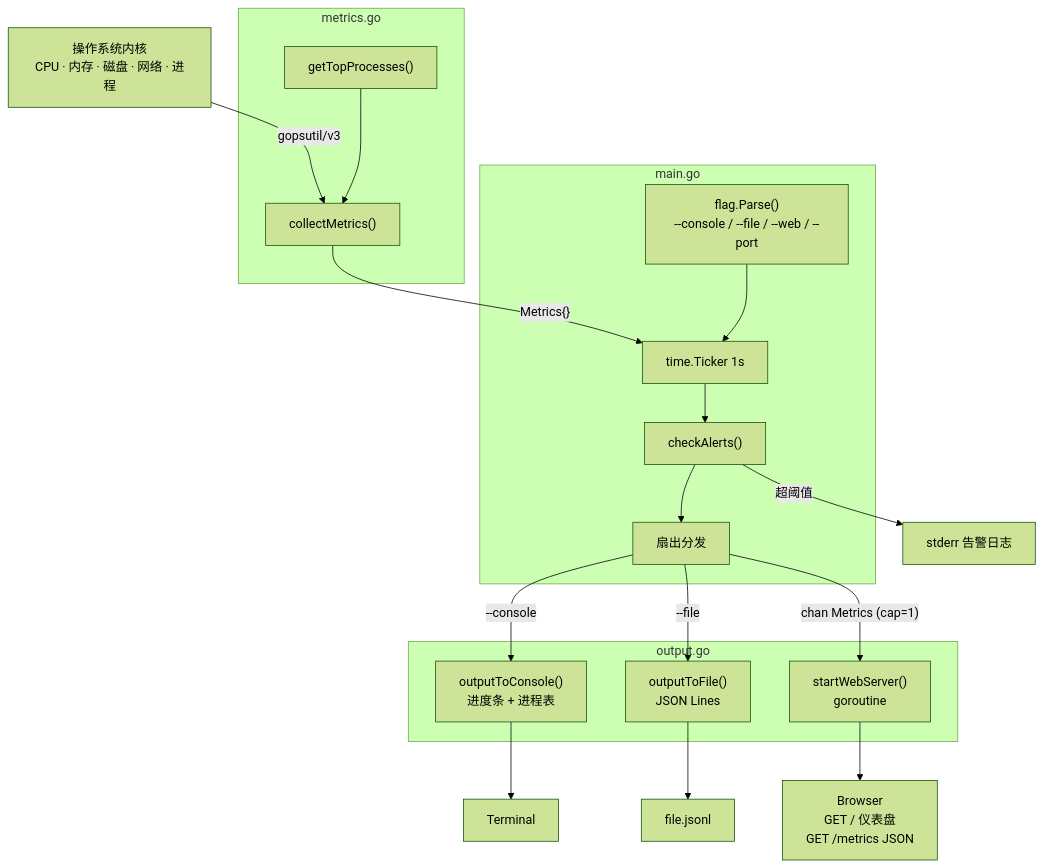
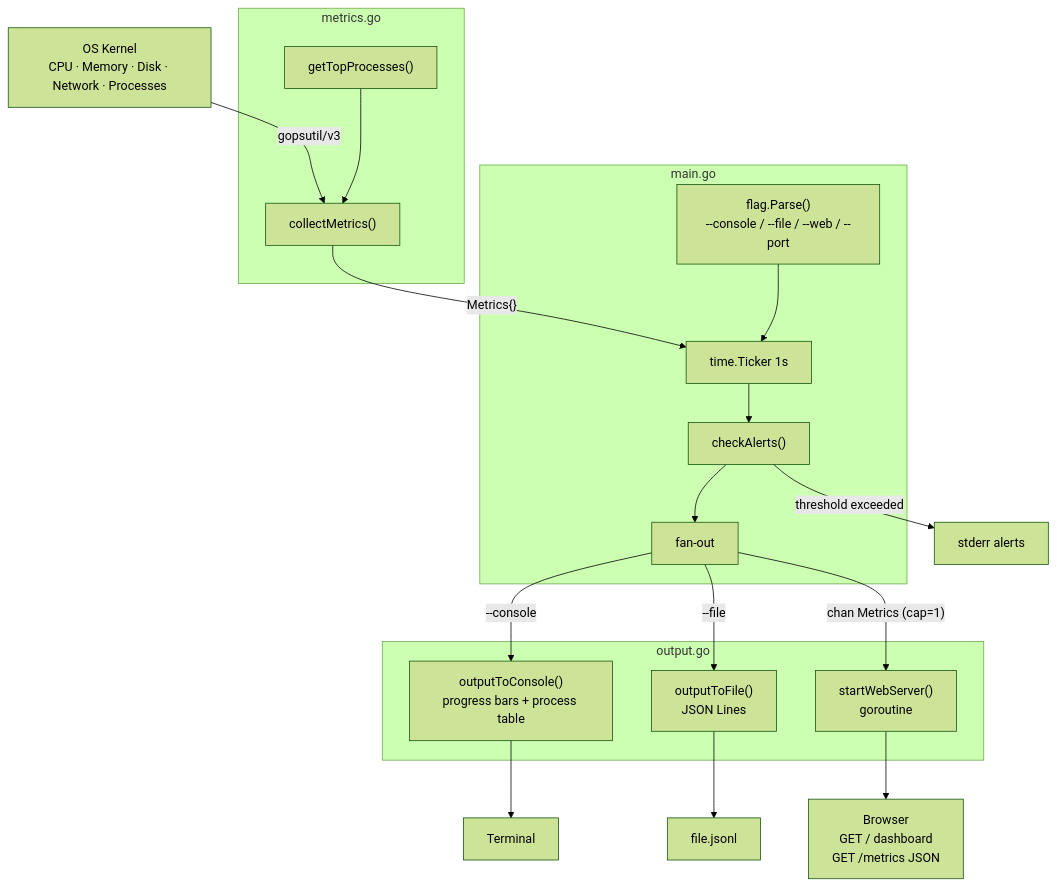
Before and after one commit to fancfd/ClaudeGo: the diagram in README.md, drawn with Mermaid (forest theme). The commit also changed other lines of this file and 1 other file, not shown here.

````diff
--- a/README.md
+++ b/README.md
@@ -29,41 +49,41 @@
 ```mermaid
 graph TD
-    OS["操作系统内核<br/>CPU · 内存 · 磁盘 · 网络 · 进程"]
+    OS["OS Kernel<br/>CPU · Memory · Disk · Network · Processes"]
 
     subgraph metrics.go
         CM["collectMetrics()"]
         GP["getTopProcesses()"]
     end
 
     subgraph main.go
         FLAG["flag.Parse()<br/>--console / --file / --web / --port"]
         TICK["time.Ticker 1s"]
         ALERT["checkAlerts()"]
-        FANOUT["扇出分发"]
+        FANOUT["fan-out"]
     end
 
     subgraph output.go
-        CON["outputToConsole()<br/>进度条 + 进程表"]
+        CON["outputToConsole()<br/>progress bars + process table"]
         FILE["outputToFile()<br/>JSON Lines"]
         WEB["startWebServer()<br/>goroutine"]
     end
 
     TERM["Terminal"]
     JSONL["file.jsonl"]
-    BROWSER["Browser<br/>GET /  仪表盘<br/>GET /metrics  JSON"]
-    STDERR["stderr 告警日志"]
+    BROWSER["Browser<br/>GET /  dashboard<br/>GET /metrics  JSON"]
+    STDERR["stderr alerts"]
 
     OS -->|gopsutil/v3| CM
     GP --> CM
     CM -->|"Metrics{}"| TICK
     FLAG --> TICK
     TICK --> ALERT
-    ALERT -->|超阈值| STDERR
+    ALERT -->|threshold exceeded| STDERR
     ALERT --> FANOUT
     FANOUT -->|--console| CON
     FANOUT -->|--file| FILE
     FANOUT -->|"chan Metrics (cap=1)"| WEB
     CON --> TERM
     FILE --> JSONL
     WEB --> BROWSER
 ```
````
